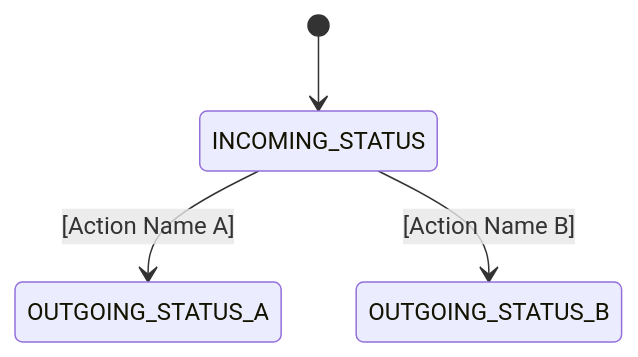
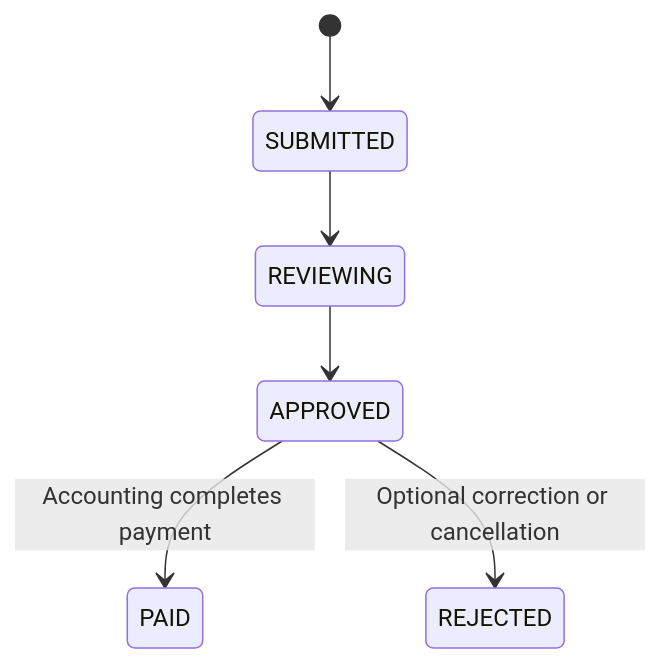
Before and after one commit to mdcrsoehtetlin/PaymentRequestWorkflowManagement: the diagram in docs/detailed_design/04_accounting/DD_ACCOUNTING_01_MODULE_OVERVIEW.md, drawn with Mermaid. The commit also changed other lines of this file and 5 other files, not shown here.

````diff
--- a/docs/detailed_design/04_accounting/DD_ACCOUNTING_01_MODULE_OVERVIEW.md
+++ b/docs/detailed_design/04_accounting/DD_ACCOUNTING_01_MODULE_OVERVIEW.md
@@ -38,6 +34,8 @@
 ```mermaid
 stateDiagram-v2
-    [*] --> INCOMING_STATUS
-    INCOMING_STATUS --> OUTGOING_STATUS_A : [Action Name A]
-    INCOMING_STATUS --> OUTGOING_STATUS_B : [Action Name B]
+    [*] --> SUBMITTED
+    SUBMITTED --> REVIEWING
+    REVIEWING --> APPROVED
+    APPROVED --> PAID : Accounting completes payment
+    APPROVED --> REJECTED : Optional correction or cancellation
 ```
````
